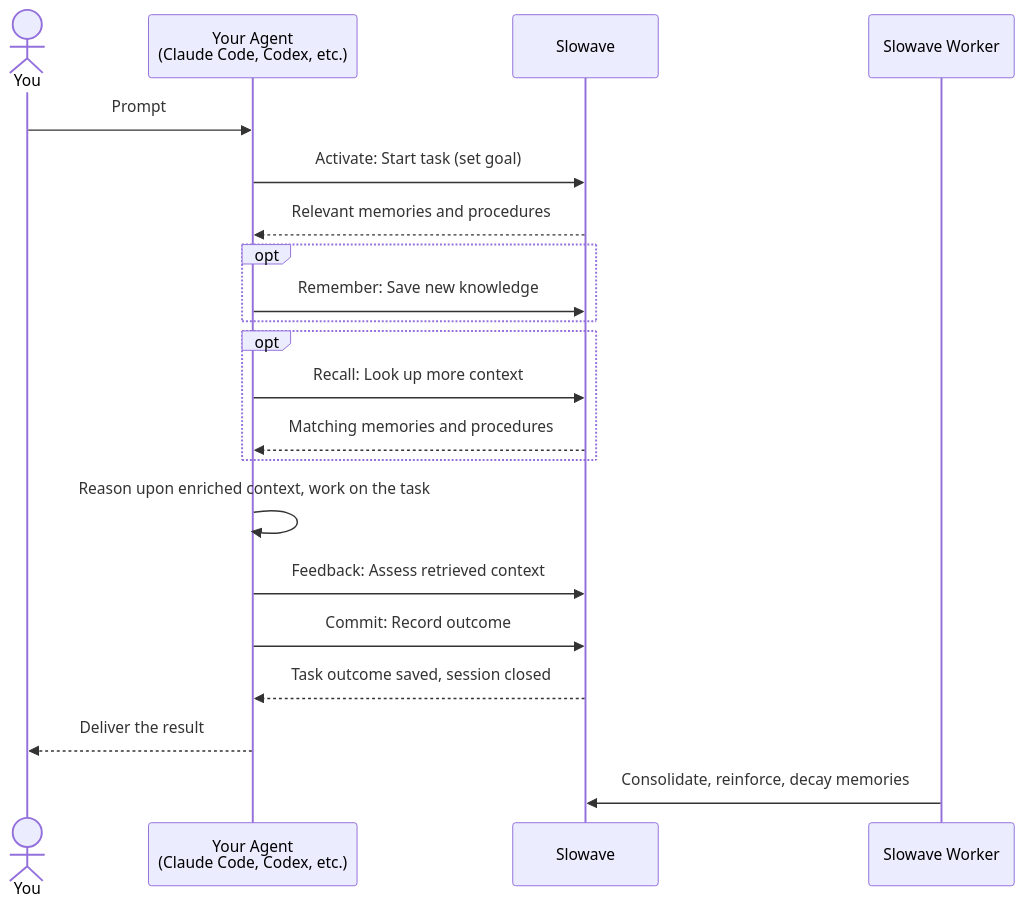
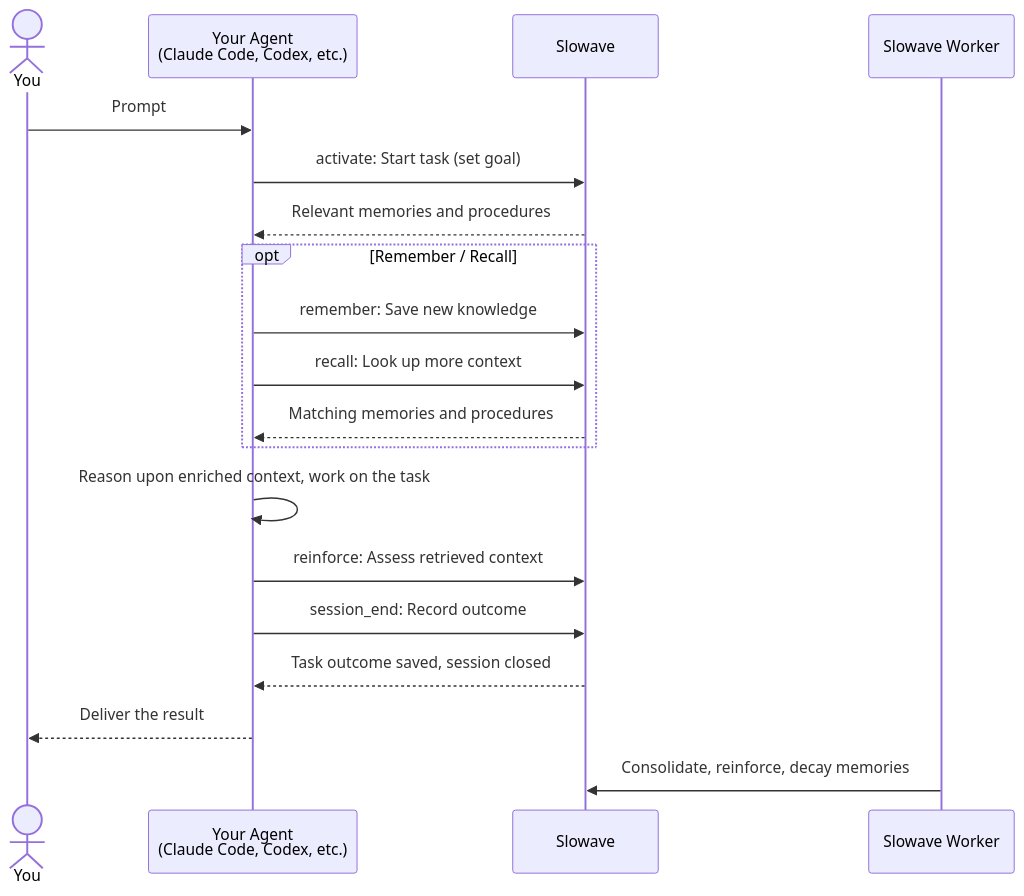
Before and after one commit to slowave-ai/slowave: the second of 3 diagrams in README.md, drawn with Mermaid. The commit also changed other lines of this file, not shown here.

````diff
--- a/README.md
+++ b/README.md
@@ -112,28 +112,25 @@
 ```mermaid
 sequenceDiagram
     actor User as You
     participant Agent as Your Agent<br/>(Claude Code, Codex, etc.)
     participant Slowave
     participant Worker as Slowave Worker
 
     User->>Agent: Prompt
-    Agent->>Slowave: Activate: Start task (set goal)
+    Agent->>Slowave: activate: Start task (set goal)
     Slowave-->>Agent: Relevant memories and procedures
 
-    opt 
-        Agent->>Slowave: Remember: Save new knowledge
-    end
-
-    opt 
-        Agent->>Slowave: Recall: Look up more context
+    opt Remember / Recall
+        Agent->>Slowave: remember: Save new knowledge
+        Agent->>Slowave: recall: Look up more context
         Slowave-->>Agent: Matching memories and procedures
     end
 
     Agent->>Agent: Reason upon enriched context, work on the task
-    Agent->>Slowave: Feedback: Assess retrieved context
-    Agent->>Slowave: Commit: Record outcome
+    Agent->>Slowave: reinforce: Assess retrieved context
+    Agent->>Slowave: session_end: Record outcome
     Slowave-->>Agent: Task outcome saved, session closed
     Agent-->>User: Deliver the result
 
     Worker->>Slowave: Consolidate, reinforce, decay memories
 ```
````
